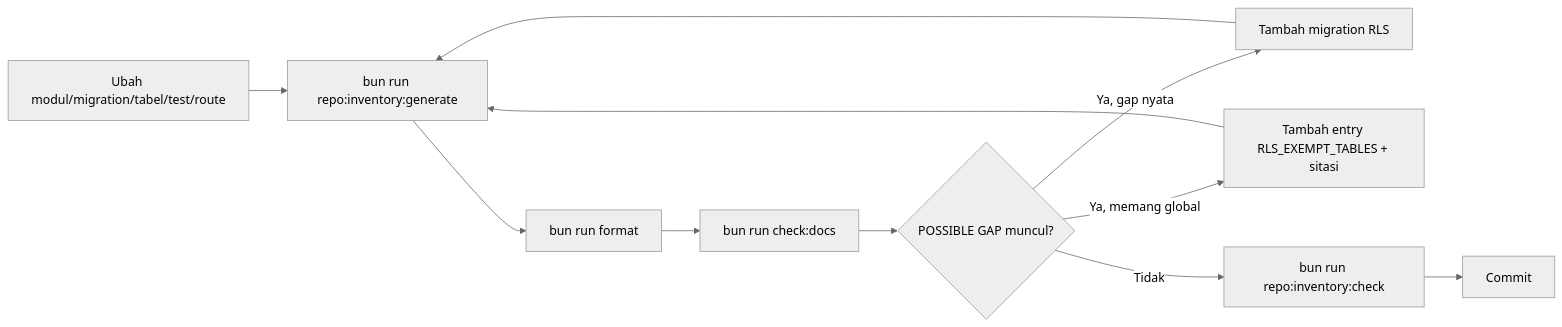
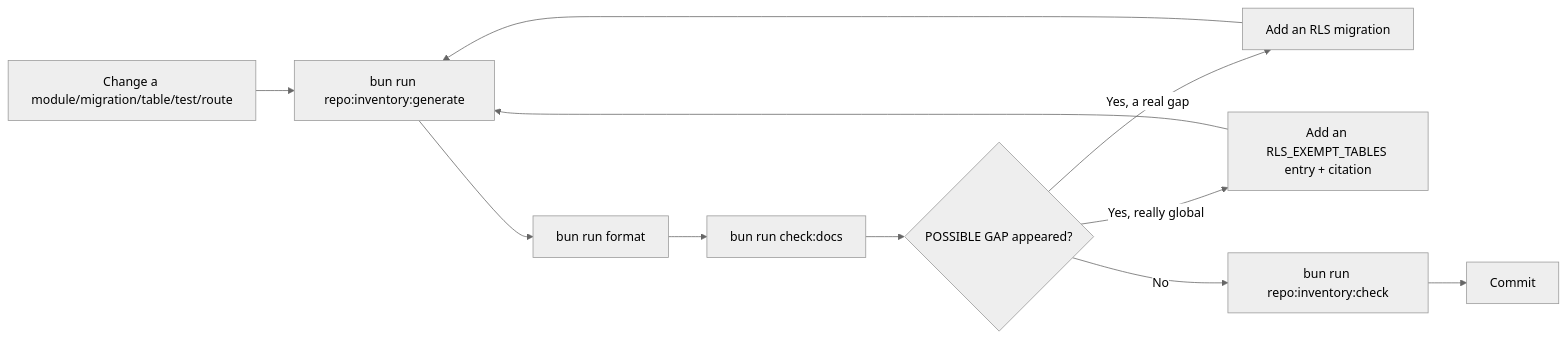
The diagram in .claude/skills/awcms-repo-inventory/SKILL.md (ahliweb/awcms), drawn with Mermaid (neutral theme) before and after one commit. The commit also changed other lines of this file and 603 other files, not shown here.

````diff
--- a/.claude/skills/awcms-repo-inventory/SKILL.md
+++ b/.claude/skills/awcms-repo-inventory/SKILL.md
@@ -70,13 +74,13 @@
 ```mermaid
 flowchart LR
-  A[Ubah modul/migration/tabel/test/route] --> B[bun run repo:inventory:generate]
+  A[Change a module/migration/table/test/route] --> B[bun run repo:inventory:generate]
   B --> C[bun run format]
   C --> D[bun run check:docs]
-  D --> E{POSSIBLE GAP muncul?}
-  E -- Ya, gap nyata --> F[Tambah migration RLS]
-  E -- Ya, memang global --> G[Tambah entry RLS_EXEMPT_TABLES + sitasi]
-  E -- Tidak --> H[bun run repo:inventory:check]
+  D --> E{POSSIBLE GAP appeared?}
+  E -- Yes, a real gap --> F[Add an RLS migration]
+  E -- Yes, really global --> G[Add an RLS_EXEMPT_TABLES entry + citation]
+  E -- No --> H[bun run repo:inventory:check]
   F --> B
   G --> B
   H --> I[Commit]
 ```
````
